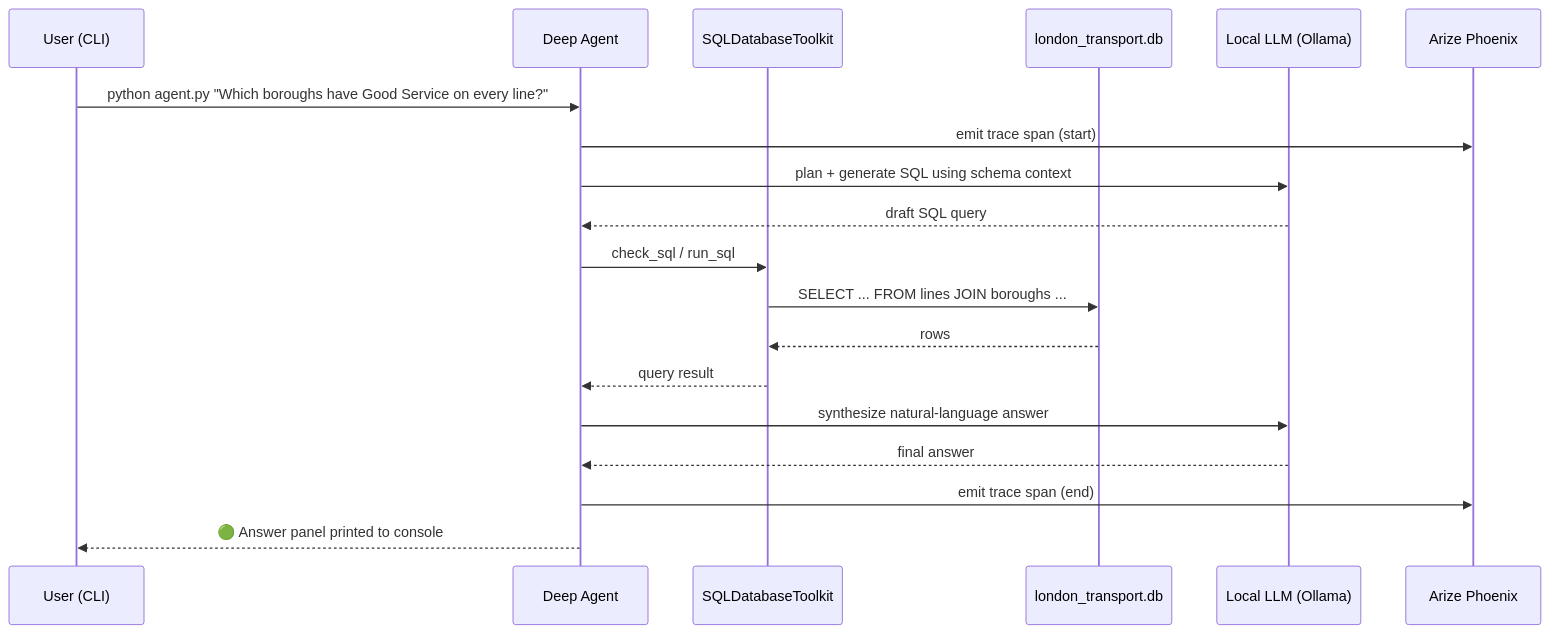
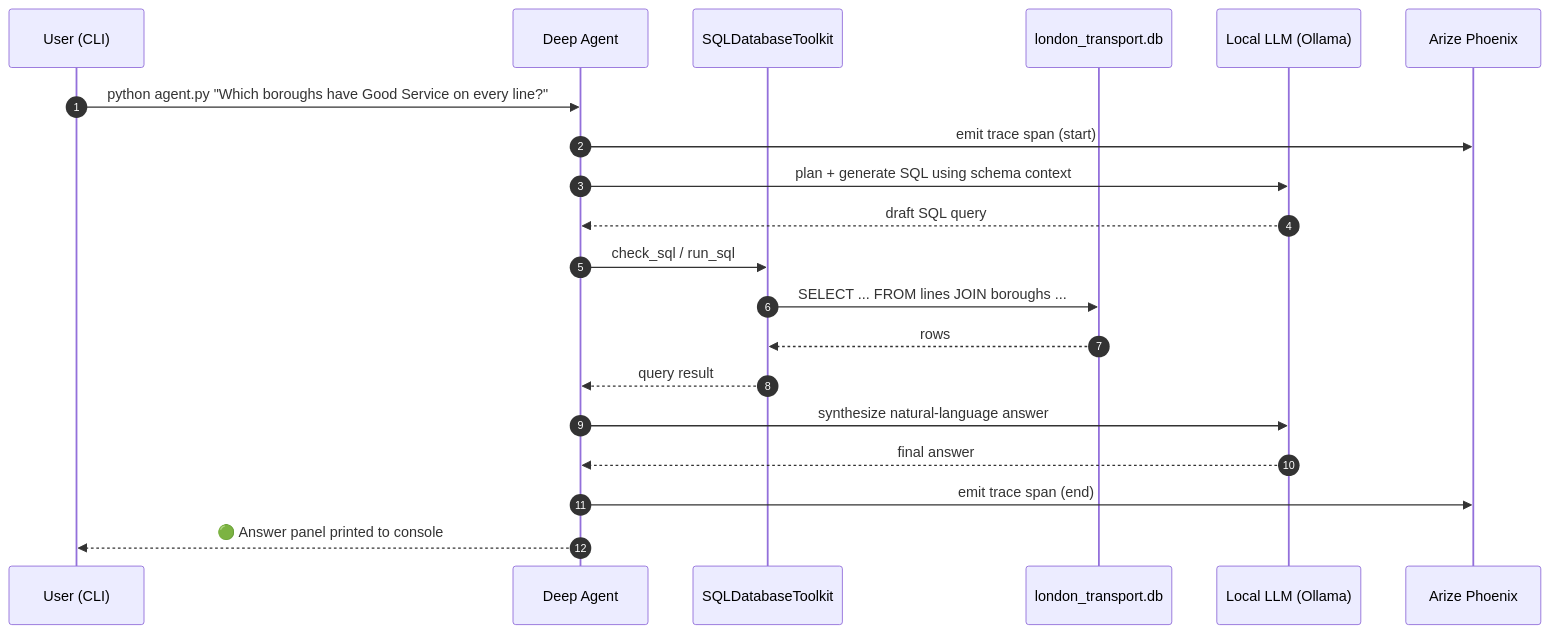
Before and after one commit to Aashleshaj/text-to-sql-agent-eval: the second of 3 diagrams in data/diagram/README_mermaid.md, drawn with Mermaid.

Commit message:
Add autonumber to sequence diagram in README
Add autonumber to sequence diagram in README

````diff
--- a/data/diagram/README_mermaid.md
+++ b/data/diagram/README_mermaid.md
@@ -67,22 +67,23 @@
 ```mermaid
 sequenceDiagram
+    autonumber
     participant U as User (CLI)
     participant A as Deep Agent
     participant T as SQLDatabaseToolkit
     participant D as london_transport.db
     participant L as Local LLM (Ollama)
     participant P as Arize Phoenix
 
     U->>A: python agent.py "Which boroughs have Good Service on every line?"
     A->>P: emit trace span (start)
     A->>L: plan + generate SQL using schema context
     L-->>A: draft SQL query
     A->>T: check_sql / run_sql
     T->>D: SELECT ... FROM lines JOIN boroughs ...
     D-->>T: rows
     T-->>A: query result
     A->>L: synthesize natural-language answer
     L-->>A: final answer
     A->>P: emit trace span (end)
     A-->>U: 🟢 Answer panel printed to console
 ```
````
